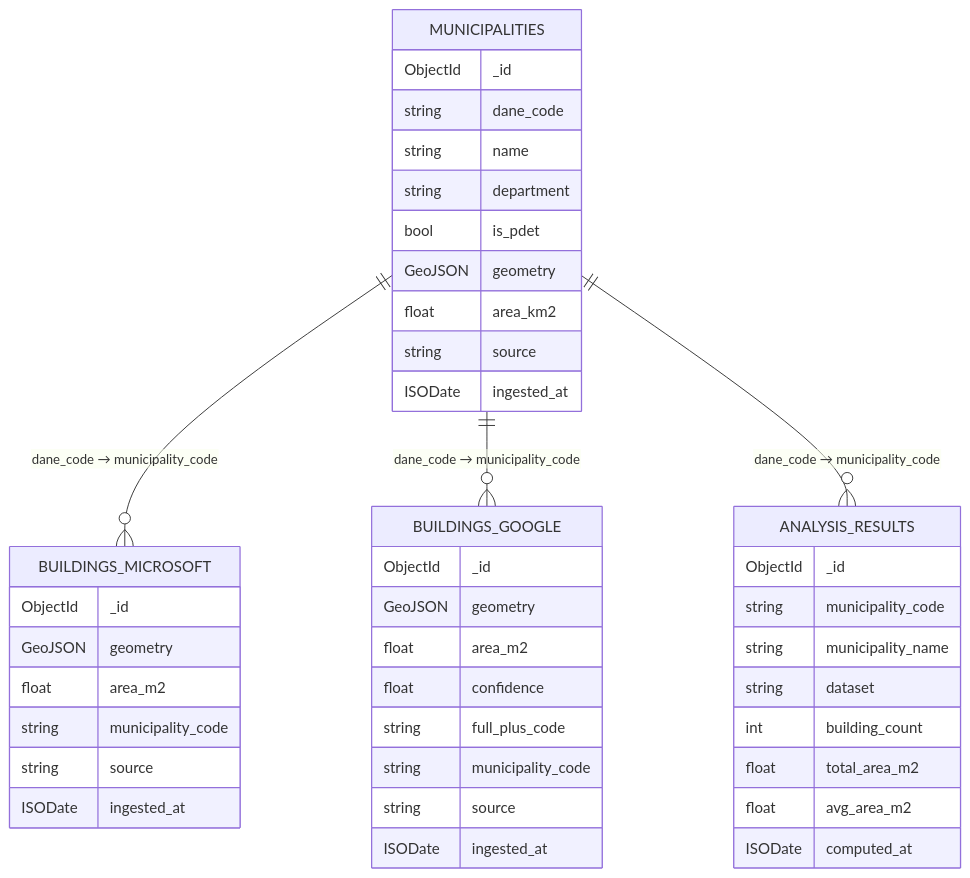
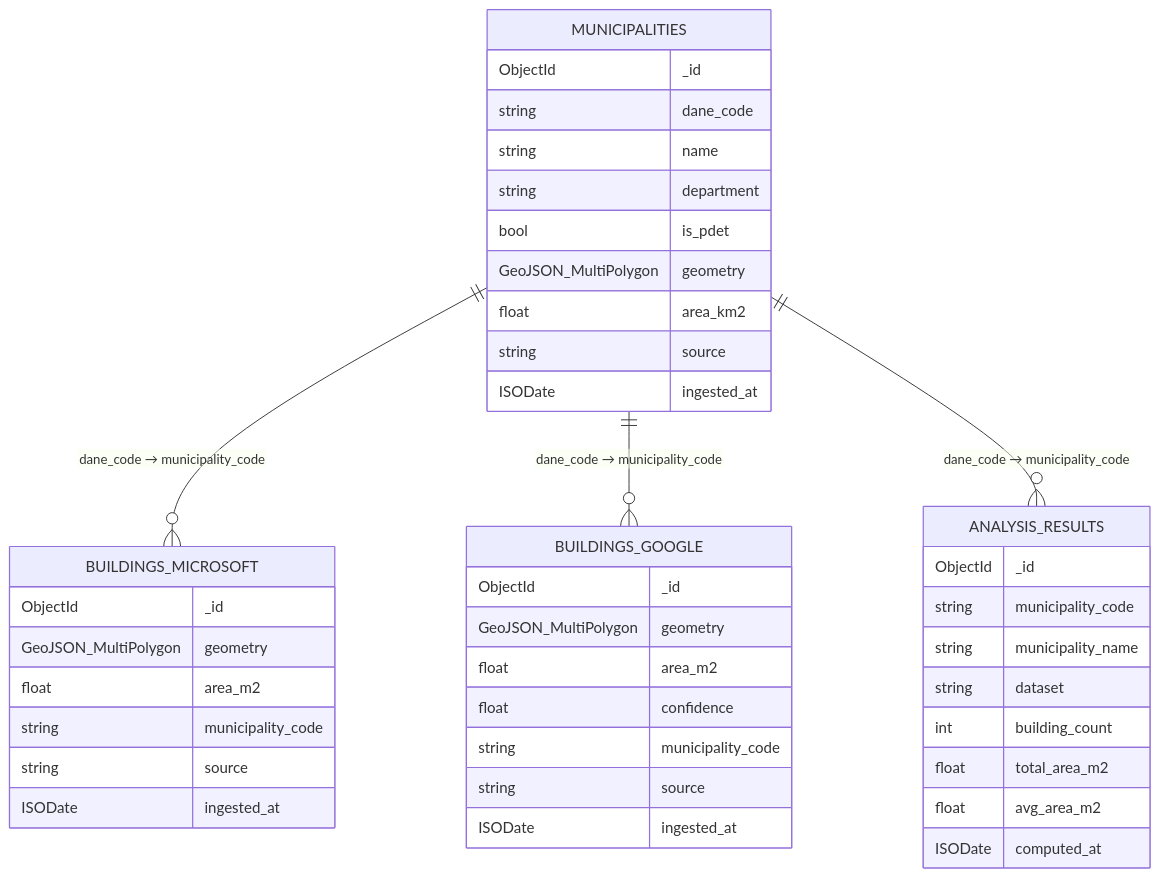
The first of 4 diagrams in README.md (janmunoz21/Proyecto-DBA), drawn with Mermaid before and after one commit. The commit also changed other lines of this file, not shown here.

````diff
--- a/README.md
+++ b/README.md
@@ -169,49 +168,48 @@
 ```mermaid
 erDiagram
     MUNICIPALITIES {
         ObjectId _id
         string dane_code
         string name
         string department
         bool is_pdet
-        GeoJSON geometry
+        GeoJSON_MultiPolygon geometry
         float area_km2
         string source
         ISODate ingested_at
     }
 
     BUILDINGS_MICROSOFT {
         ObjectId _id
-        GeoJSON geometry
+        GeoJSON_MultiPolygon geometry
         float area_m2
         string municipality_code
         string source
         ISODate ingested_at
     }
 
     BUILDINGS_GOOGLE {
         ObjectId _id
-        GeoJSON geometry
+        GeoJSON_MultiPolygon geometry
         float area_m2
         float confidence
-        string full_plus_code
         string municipality_code
         string source
         ISODate ingested_at
     }
 
     ANALYSIS_RESULTS {
         ObjectId _id
         string municipality_code
         string municipality_name
         string dataset
         int building_count
         float total_area_m2
         float avg_area_m2
         ISODate computed_at
     }
 
     MUNICIPALITIES ||--o{ BUILDINGS_MICROSOFT : "dane_code → municipality_code"
     MUNICIPALITIES ||--o{ BUILDINGS_GOOGLE : "dane_code → municipality_code"
     MUNICIPALITIES ||--o{ ANALYSIS_RESULTS : "dane_code → municipality_code"
 ```
````
